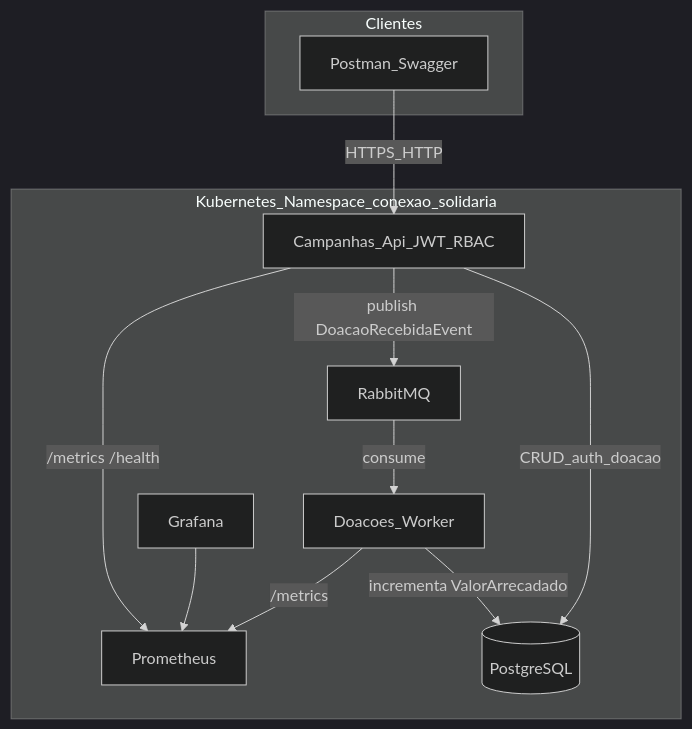
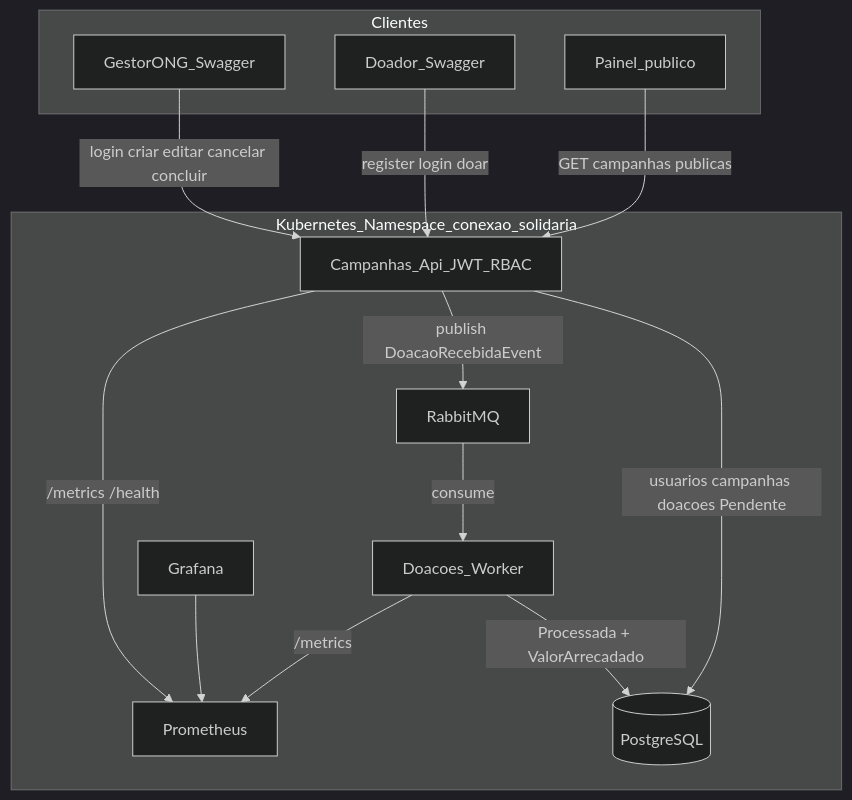
The diagram in docs/arquitetura.md (Jinoh0/fiap_hackathon_11NETT), drawn with Mermaid (dark theme) before and after one commit. The commit also changed other lines of this file and 25 other files, not shown here.

````diff
--- a/docs/arquitetura.md
+++ b/docs/arquitetura.md
@@ -3,24 +7,30 @@
 ```mermaid
 flowchart TB
   subgraph clients [Clientes]
-    Postman[Postman_Swagger]
+    Gestor[GestorONG_Swagger]
+    Doador[Doador_Swagger]
+    Publico[Painel_publico]
   end
 
   subgraph k8s [Kubernetes_Namespace_conexao_solidaria]
     Api[Campanhas_Api_JWT_RBAC]
     Worker[Doacoes_Worker]
     Pg[(PostgreSQL)]
     Rmq[RabbitMQ]
     Prom[Prometheus]
     Graf[Grafana]
   end
 
-  Postman -->|HTTPS_HTTP| Api
-  Api -->|CRUD_auth_doacao| Pg
+  Gestor -->|"login criar editar cancelar concluir"| Api
+  Doador -->|"register login doar"| Api
+  Publico -->|"GET campanhas publicas"| Api
+
+  Api -->|"usuarios campanhas doacoes Pendente"| Pg
   Api -->|"publish DoacaoRecebidaEvent"| Rmq
   Rmq -->|consume| Worker
-  Worker -->|incrementa ValorArrecadado| Pg
+  Worker -->|"Processada + ValorArrecadado"| Pg
+
   Api -->|/metrics /health| Prom
   Worker -->|/metrics| Prom
   Graf --> Prom
 ```
````
